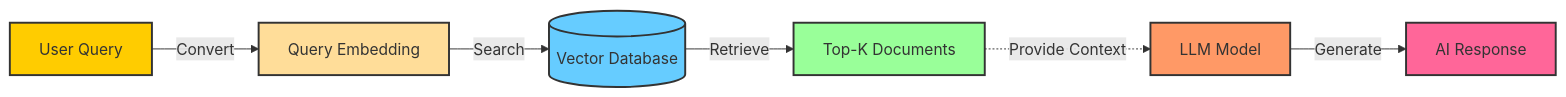
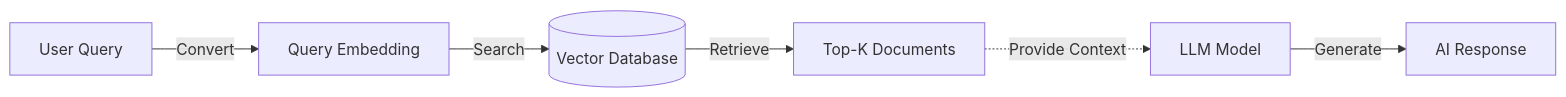
One commit to ga-curriculum/genai-llm-capabilities-alignment-v2 changed the diagram in introduction-to-rag/README.md. Above: the diagram before and after it, drawn with Mermaid.

```diff
--- a/introduction-to-rag/README.md
+++ b/introduction-to-rag/README.md
@@ -36,16 +36,9 @@
 <div class="mermaid">
 graph LR
     A[User Query] -->|Convert| B[Query Embedding]
     B -->|Search| C[(Vector Database)]
     C -->|Retrieve| D[Top-K Documents]
     
     D -.->|Provide Context| E[LLM Model]
     E -->|Generate| F[AI Response]
-    
-    style A fill:#ffcc00,stroke:#333,stroke-width:2px;
-    style B fill:#ffdd99,stroke:#333,stroke-width:2px;
-    style C fill:#66ccff,stroke:#333,stroke-width:2px;
-    style D fill:#99ff99,stroke:#333,stroke-width:2px;
-    style E fill:#ff9966,stroke:#333,stroke-width:2px;
-    style F fill:#ff6699,stroke:#333,stroke-width:2px;
 </div>
```
